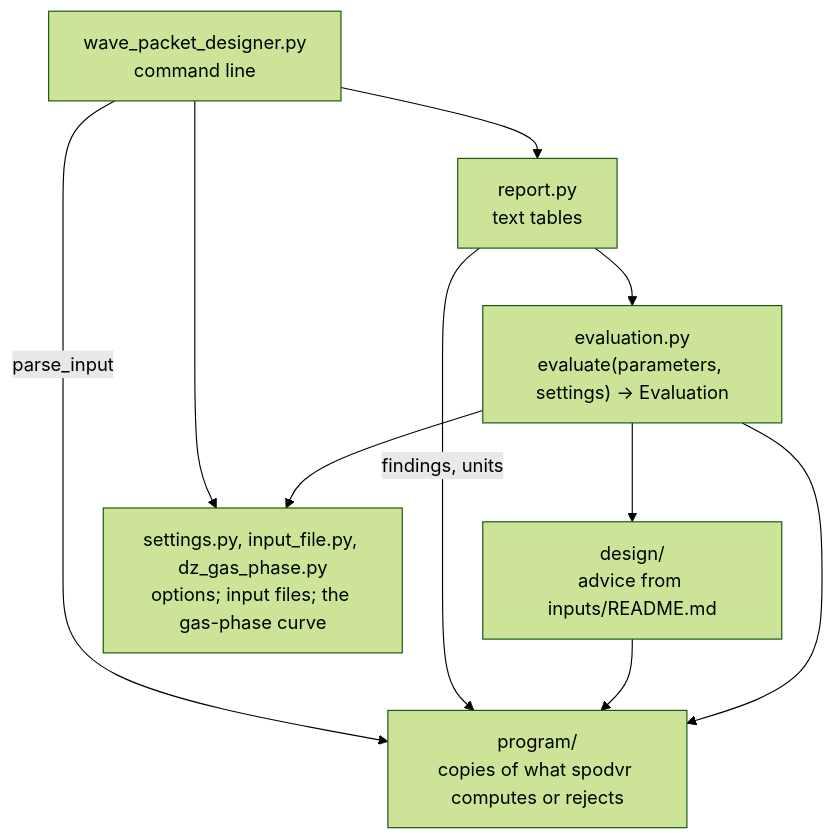
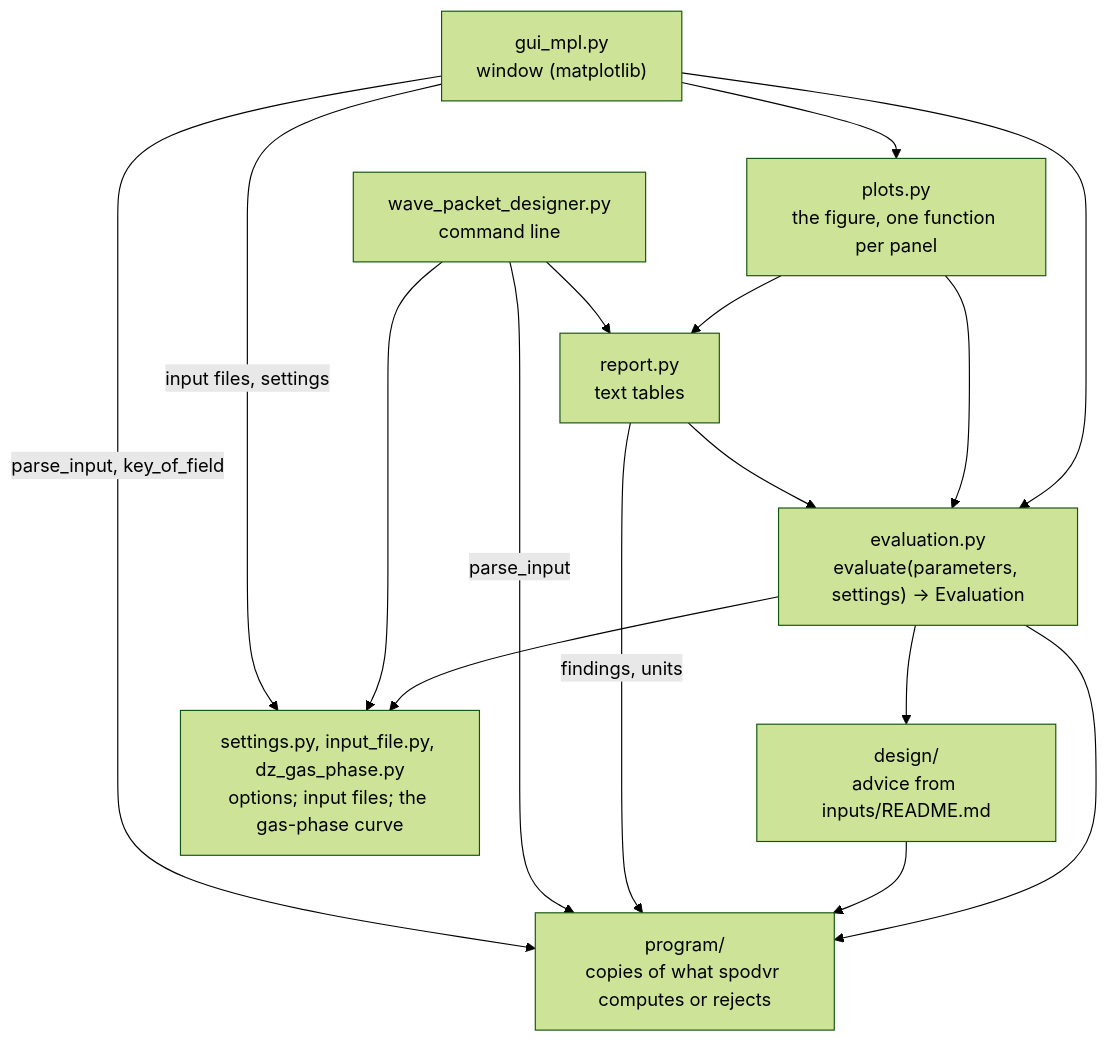
One commit to ewfsmeets/Cpp-SPO-DVR changed the diagram in tools/wave_packet_designer/README.md. Above: the diagram before and after it, drawn with Mermaid (forest theme). The commit also changed other lines of this file and 17 other files, not shown here.

````diff
--- a/tools/wave_packet_designer/README.md
+++ b/tools/wave_packet_designer/README.md
@@ -93,16 +129,23 @@
 ```mermaid
 flowchart TB
     cli["wave_packet_designer.py<br/>command line"]
+    window["gui_mpl.py<br/>window (matplotlib)"]
+    plots["plots.py<br/>the figure, one function per panel"]
     report["report.py<br/>text tables"]
     evaluation["evaluation.py<br/>evaluate(parameters, settings) -> Evaluation"]
     program["program/<br/>copies of what spodvr computes or rejects"]
     design["design/<br/>advice from inputs/README.md"]
     data["settings.py, input_file.py, dz_gas_phase.py<br/>options; input files; the gas-phase curve"]
     cli --> report --> evaluation
+    window --> plots --> report
+    plots --> evaluation
+    window --> evaluation
+    window -- "input files, settings" --> data
+    window -- "parse_input, key_of_field" --> program
     cli --> data
     cli -- "parse_input" --> program
     report -- "findings, units" --> program
     evaluation --> design --> program
     evaluation --> program
     evaluation --> data
 ```
````
